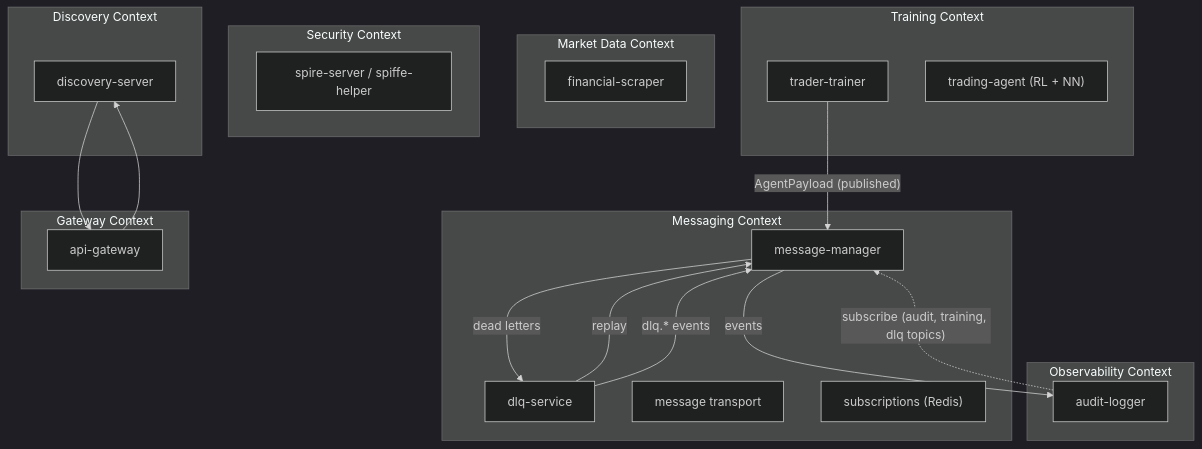
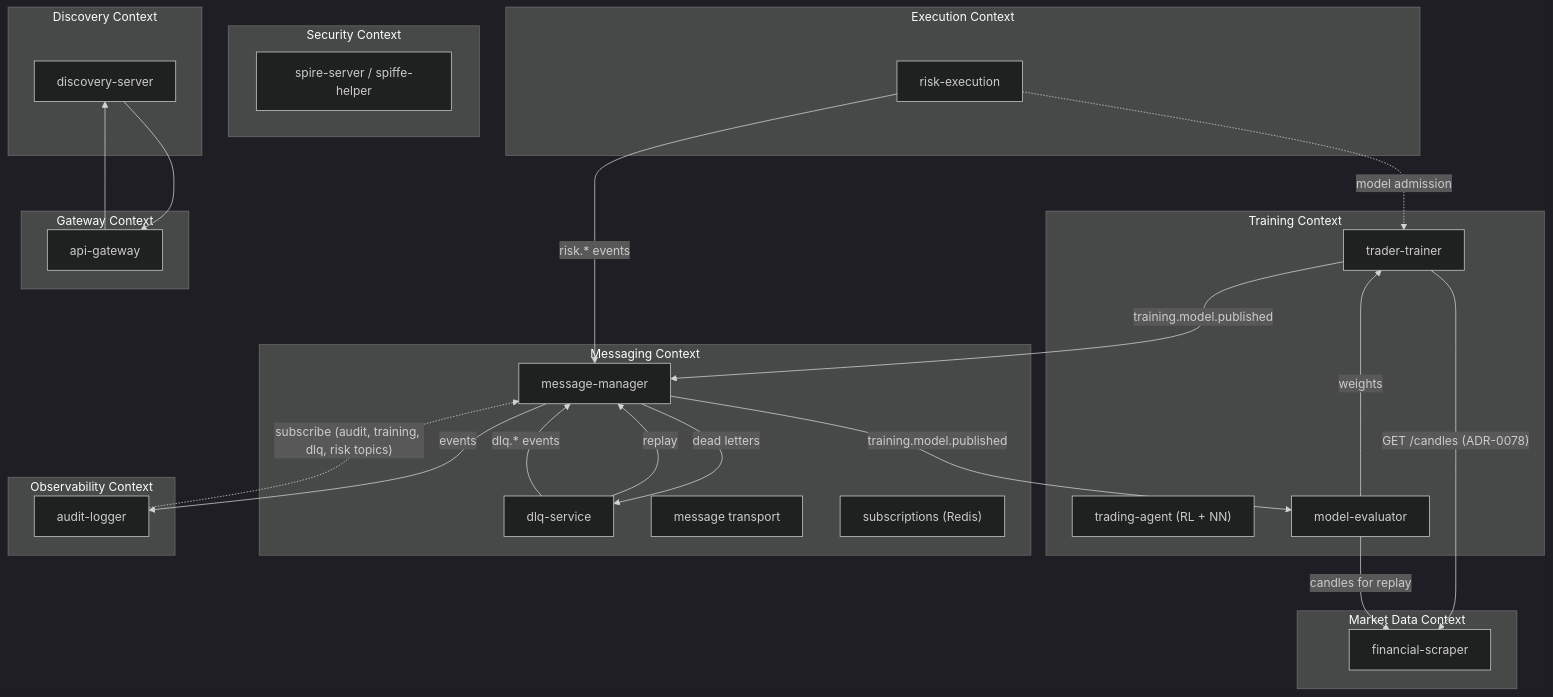
Before and after one commit to docteur-turboss/trading-model: the diagram in docs/architecture/bounded-contexts.md, drawn with Mermaid (dark theme). The commit also changed other lines of this file and 4 other files, not shown here.

First line of the commit message:
:memo:(docs): ramener system-overview et bounded-contexts au code (risk-execution, model-evaluator, signaux, ADR-0073) (#1971)

````diff
--- a/docs/architecture/bounded-contexts.md
+++ b/docs/architecture/bounded-contexts.md
@@ -7,37 +7,47 @@
 ```mermaid
 graph TD
     subgraph "Market Data Context"
         FS["financial-scraper"]
     end
     subgraph "Training Context"
         TT["trader-trainer"]
         TS["trading-agent (RL + NN)"]
+        ME["model-evaluator"]
     end
     subgraph "Messaging Context"
         MM["message-manager"]
         DLQ["dlq-service"]
         MT["message transport"]
         SUB["subscriptions (Redis)"]
     end
     subgraph "Security Context"
         SP["spire-server / spiffe-helper"]
     end
     subgraph "Discovery Context"
         DS["discovery-server"]
     end
     subgraph "Observability Context"
         AL["audit-logger"]
     end
     subgraph "Gateway Context"
         GW["api-gateway"]
     end
+    subgraph "Execution Context"
+        RE["risk-execution"]
+    end
 
-    TT -->|"AgentPayload (published)"| MM
+    TT -->|"training.model.published"| MM
+    TT -->|"GET /candles (ADR-0078)"| FS
+    MM -->|"training.model.published"| ME
+    ME -->|"weights"| TT
+    ME -->|"candles for replay"| FS
     MM -->|"events"| AL
-    AL -.->|"subscribe (audit, training, dlq topics)"| MM
+    AL -.->|"subscribe (audit, training, dlq, risk topics)"| MM
     MM -->|"dead letters"| DLQ
     DLQ -->|"replay"| MM
     DLQ -->|"dlq.* events"| MM
     DS --> GW
+    RE -->|"risk.* events"| MM
+    RE -.->|"model admission"| TT
     GW --> DS
 ```
````
